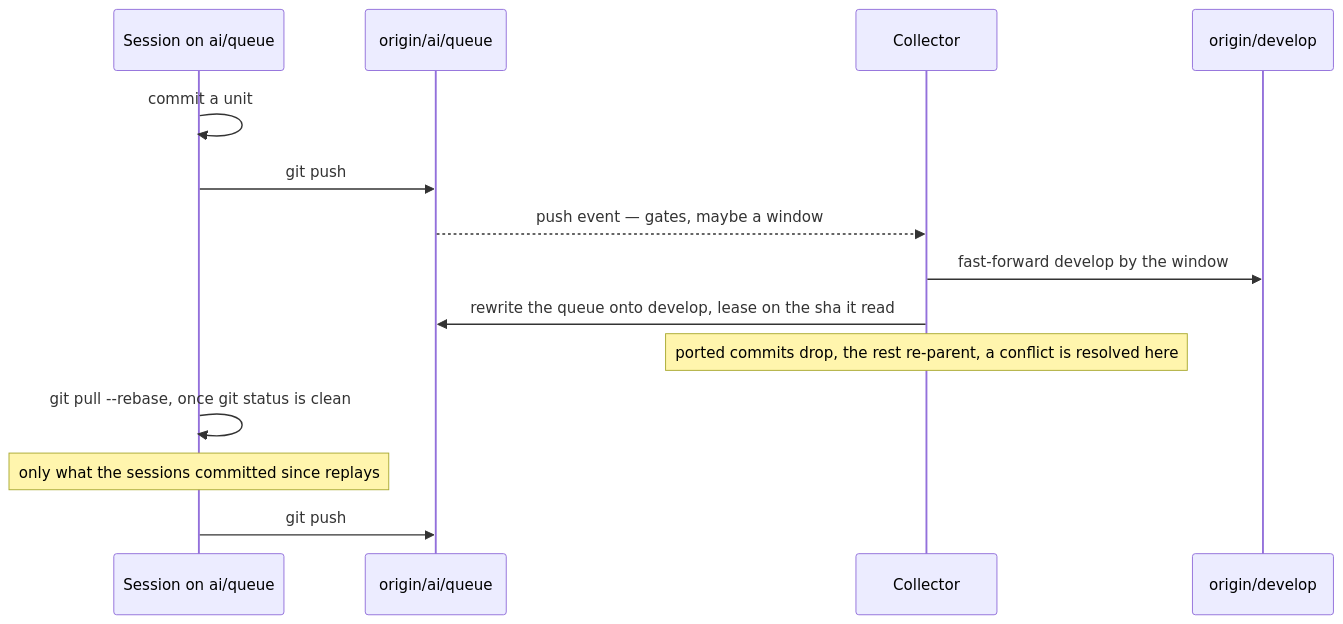
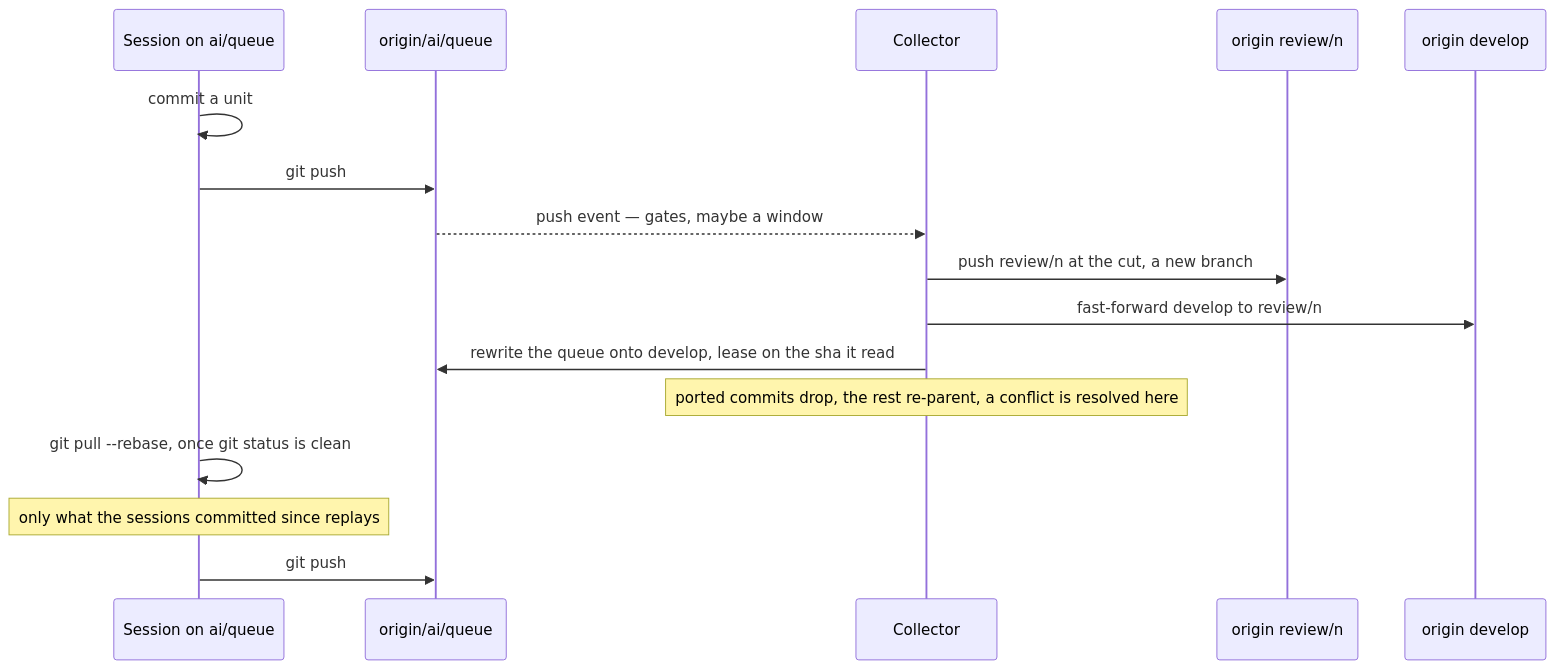
The diagram in apps/web/content/docs/infra/review-collector/two-writers.md (Esposter/Esposter), drawn with Mermaid before and after one commit. The commit also changed other lines of this file and 10 other files, not shown here.

````diff
--- a/apps/web/content/docs/infra/review-collector/two-writers.md
+++ b/apps/web/content/docs/infra/review-collector/two-writers.md
@@ -21,16 +22,18 @@
 ```mermaid
 sequenceDiagram
   participant S as Session on ai/queue
   participant Q as origin/ai/queue
   participant C as Collector
-  participant D as origin/develop
+  participant W as origin review/n
+  participant D as origin develop
   S->>S: commit a unit
   S->>Q: git push
   Q-->>C: push event — gates, maybe a window
-  C->>D: fast-forward develop by the window
+  C->>W: push review/n at the cut, a new branch
+  C->>D: fast-forward develop to review/n
   C->>Q: rewrite the queue onto develop, lease on the sha it read
   Note over C: ported commits drop, the rest re-parent, a conflict is resolved here
   S->>S: git pull --rebase, once git status is clean
   Note over S: only what the sessions committed since replays
   S->>Q: git push
 ```
````
